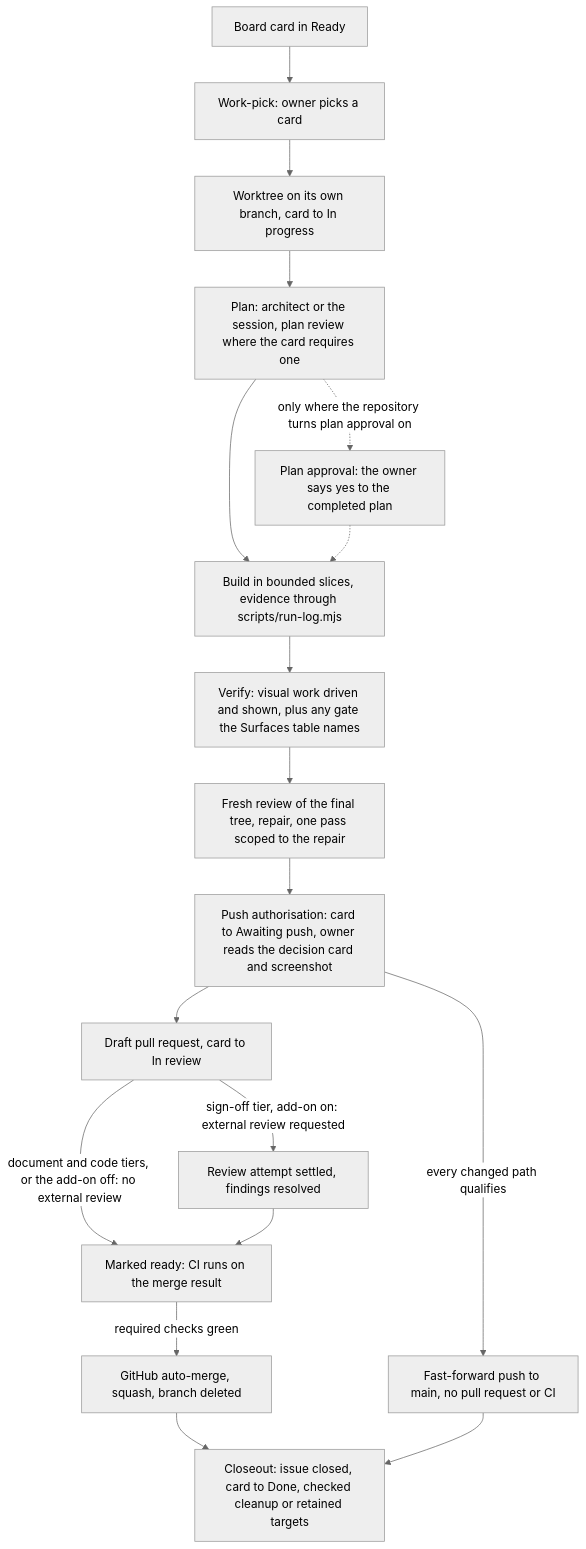
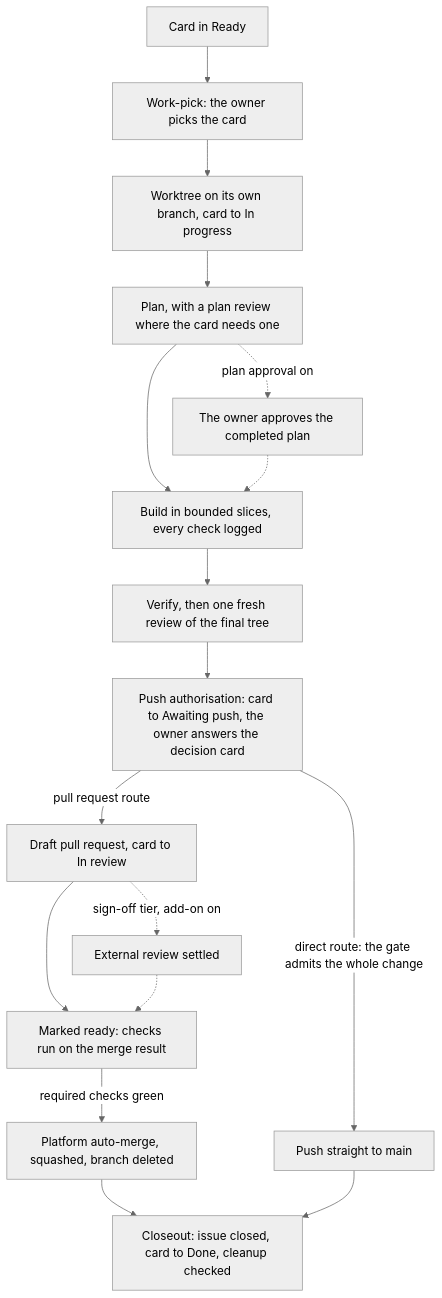
The second of 2 diagrams in docs/AI-WORKFLOW-job.md (zaingulel/kestrel), drawn with Mermaid (neutral theme) before and after one commit. The commit also changed other lines of this file and 107 other files, not shown here.

````diff
--- a/docs/AI-WORKFLOW-job.md
+++ b/docs/AI-WORKFLOW-job.md
@@ -23,20 +59,21 @@
 ```mermaid
 flowchart TD
-    C[Board card in Ready] --> WP[Work-pick: owner picks a card]
+    accTitle: One card from the owner pick to closeout
+    accDescr: A card moves from the owner's pick through a worktree, plan, build, review and push authorisation to a merged change or a direct push, and then closeout.
+    C[Card in Ready] --> WP[Work-pick: the owner picks the card]
     WP --> WT[Worktree on its own branch, card to In progress]
-    WT --> PL[Plan: architect or the session, plan review where the card requires one]
-    PL --> BD[Build in bounded slices, evidence through scripts/run-log.mjs]
-    PL -.->|only where the repository turns plan approval on| AP[Plan approval: the owner says yes to the completed plan]
+    WT --> PL[Plan, with a plan review where the card needs one]
+    PL --> BD[Build in bounded slices, every check logged]
+    PL -.->|plan approval on| AP[The owner approves the completed plan]
     AP -.-> BD
-    BD --> VR[Verify: visual work driven and shown, plus any gate the Surfaces table names]
-    VR --> RV[Fresh review of the final tree, repair, one pass scoped to the repair]
-    RV --> PA[Push authorisation: card to Awaiting push, owner reads the decision card and screenshot]
-    PA --> DR[Draft pull request, card to In review]
-    PA -->|every changed path qualifies| FF[Fast-forward push to main, no pull request or CI]
-    DR -->|document and code tiers, or the add-on off: no external review| RD[Marked ready: CI runs on the merge result]
-    DR -->|sign-off tier, add-on on: external review requested| GR[Review attempt settled, findings resolved]
-    GR --> RD
-    RD -->|required checks green| MG[GitHub auto-merge, squash, branch deleted]
-    MG --> CO[Closeout: issue closed, card to Done, checked cleanup or retained targets]
+    BD --> VR[Verify, then one fresh review of the final tree]
+    VR --> PA[Push authorisation: card to Awaiting push, the owner answers the decision card]
+    PA -->|pull request route| DR[Draft pull request, card to In review]
+    PA -->|direct route: the gate admits the whole change| FF[Push straight to main]
+    DR --> RD[Marked ready: checks run on the merge result]
+    DR -.->|sign-off tier, add-on on| ER[External review settled]
+    ER -.-> RD
+    RD -->|required checks green| MG[Platform auto-merge, squashed, branch deleted]
+    MG --> CO[Closeout: issue closed, card to Done, cleanup checked]
     FF --> CO
 ```
````
